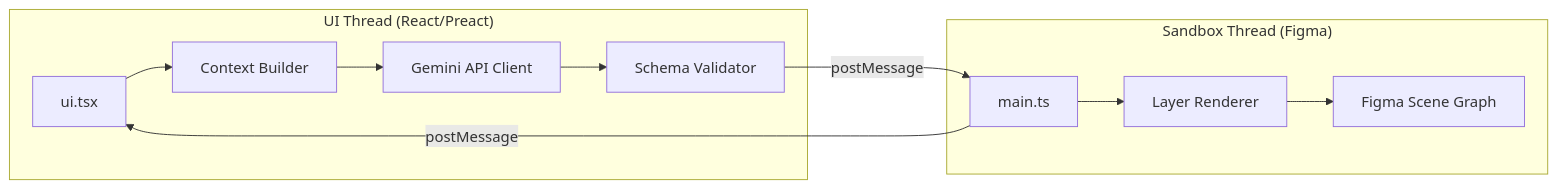
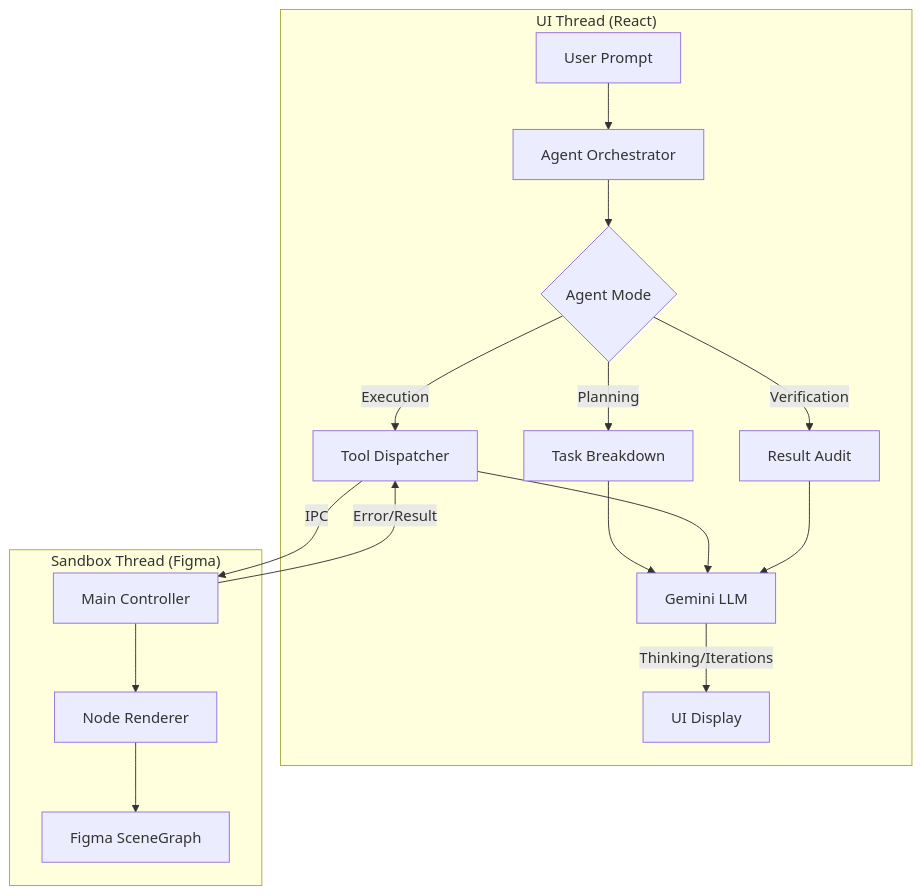
Before and after one commit to musepy/genable: the diagram in README.md, drawn with Mermaid. The commit also changed other lines of this file and 122 other files, not shown here.

First line of the commit message:
feat: agentic architecture & UI iteration transparency

````diff
--- a/README.md
+++ b/README.md
@@ -23,16 +24,20 @@
 ```mermaid
-graph LR
-    subgraph "UI Thread (React/Preact)"
-        A[ui.tsx] --> B[Context Builder]
-        B --> C[Gemini API Client]
-        C --> D[Schema Validator]
+graph TD
+    subgraph "UI Thread (React)"
+        A[User Prompt] --> B[Agent Orchestrator]
+        B --> C{Agent Mode}
+        C -->|Planning| D[Task Breakdown]
+        C -->|Execution| E[Tool Dispatcher]
+        C -->|Verification| F[Result Audit]
+        D & E & F --> G[Gemini LLM]
+        G -->|Thinking/Iterations| H[UI Display]
     end
     
     subgraph "Sandbox Thread (Figma)"
-        E[main.ts] --> F[Layer Renderer]
-        F --> G[Figma Scene Graph]
+        I[Main Controller] --> J[Node Renderer]
+        J --> K[Figma SceneGraph]
     end
     
-    D -->|postMessage| E
-    E -->|postMessage| A
+    E -->|IPC| I
+    I -->|Error/Result| E
 ```
````
